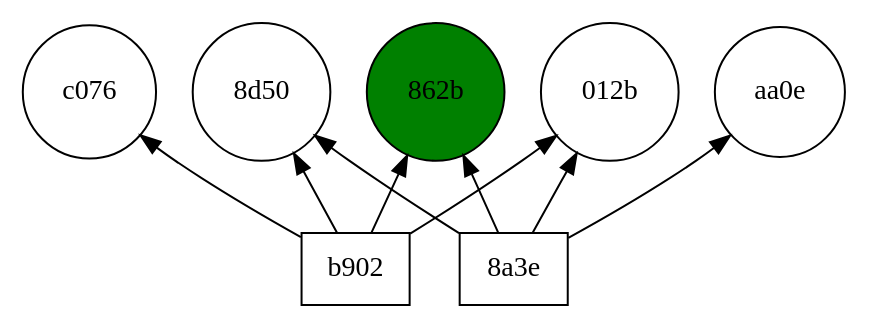
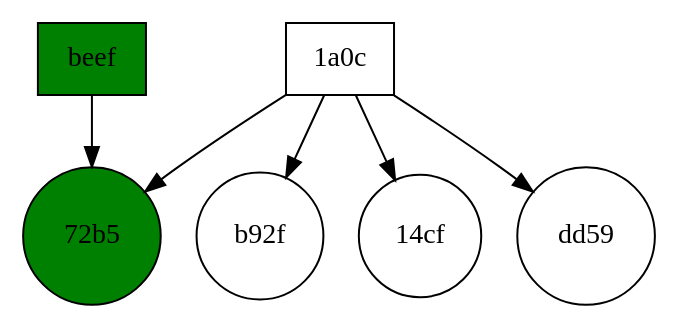
Before and after one commit to ziyadalrasbi/F20SC-CW2: the diagram in doctest-output/visitor.gv, drawn with Graphviz. The commit also changed 2 other files, not shown here.

Commit message:
implement user_id into graph

```diff
--- a/doctest-output/visitor.gv
+++ b/doctest-output/visitor.gv
@@ -1,26 +1,20 @@
 digraph visitor {
-	graph [rank=max]
+	graph [rank=min]
 	node [shape=rectangle]
-	"4065369dbee2b902" [label=b902 fillcolor=white shape=rectangle style=filled]
-	"4065369dbee2b902" -> "140310171202-000000002e5a8ff1f577548fec708d50"
-	"4065369dbee2b902" -> "140310170010-0000000067dc80801f1df696ae52862b"
-	"4065369dbee2b902" -> "140310171114-00000000950ae9deb4faca996b0ec076"
-	"4065369dbee2b902" -> "140310171030-000000008b8d98e95ac0797e7fdb012b"
-	"3c01241d5c3a8a3e" [label="8a3e" fillcolor=white shape=rectangle style=filled]
-	"3c01241d5c3a8a3e" -> "140310171202-000000002e5a8ff1f577548fec708d50"
-	"3c01241d5c3a8a3e" -> "140310165657-0000000068d21bb99dec3ad6ee60aa0e"
-	"3c01241d5c3a8a3e" -> "140310170010-0000000067dc80801f1df696ae52862b"
-	"3c01241d5c3a8a3e" -> "140310171030-000000008b8d98e95ac0797e7fdb012b"
+	"00000000deadbeef" [label=beef fillcolor=green shape=rectangle style=filled]
+	"00000000deadbeef" -> "100806162735-00000000115598650cb8b514246272b5"
+	"4108dc09bfe11a0c" [label="1a0c" fillcolor=white shape=rectangle style=filled]
+	"4108dc09bfe11a0c" -> "100806172045-0000000081705fbea3553bd0d745b92f"
+	"4108dc09bfe11a0c" -> "100806162735-00000000115598650cb8b514246272b5"
+	"4108dc09bfe11a0c" -> "101122221951-00000000a695c340822e61891c8f14cf"
+	"4108dc09bfe11a0c" -> "100405170355-00000000ee4bfd24d2ff703b9147dd59"
 	subgraph document {
-		graph [rank=min]
+		graph [rank=max]
 		node [shape=circle]
-		"140310165657-0000000068d21bb99dec3ad6ee60aa0e" [label=aa0e fillcolor=white shape=circle]
-		"140310170010-0000000067dc80801f1df696ae52862b" [label="862b" fillcolor=green shape=circle style=filled]
-		"140310170010-0000000067dc80801f1df696ae52862b" [label="862b" fillcolor=green shape=circle style=filled]
-		"140310171030-000000008b8d98e95ac0797e7fdb012b" [label="012b" fillcolor=white shape=circle]
-		"140310171030-000000008b8d98e95ac0797e7fdb012b" [label="012b" fillcolor=white shape=circle]
-		"140310171114-00000000950ae9deb4faca996b0ec076" [label=c076 fillcolor=white shape=circle]
-		"140310171202-000000002e5a8ff1f577548fec708d50" [label="8d50" fillcolor=white shape=circle]
-		"140310171202-000000002e5a8ff1f577548fec708d50" [label="8d50" fillcolor=white shape=circle]
+		"100405170355-00000000ee4bfd24d2ff703b9147dd59" [label=dd59 fillcolor=white shape=circle]
+		"100806162735-00000000115598650cb8b514246272b5" [label="72b5" fillcolor=green shape=circle style=filled]
+		"100806162735-00000000115598650cb8b514246272b5" [label="72b5" fillcolor=green shape=circle style=filled]
+		"100806172045-0000000081705fbea3553bd0d745b92f" [label=b92f fillcolor=white shape=circle]
+		"101122221951-00000000a695c340822e61891c8f14cf" [label="14cf" fillcolor=white shape=circle]
 	}
 }
```
